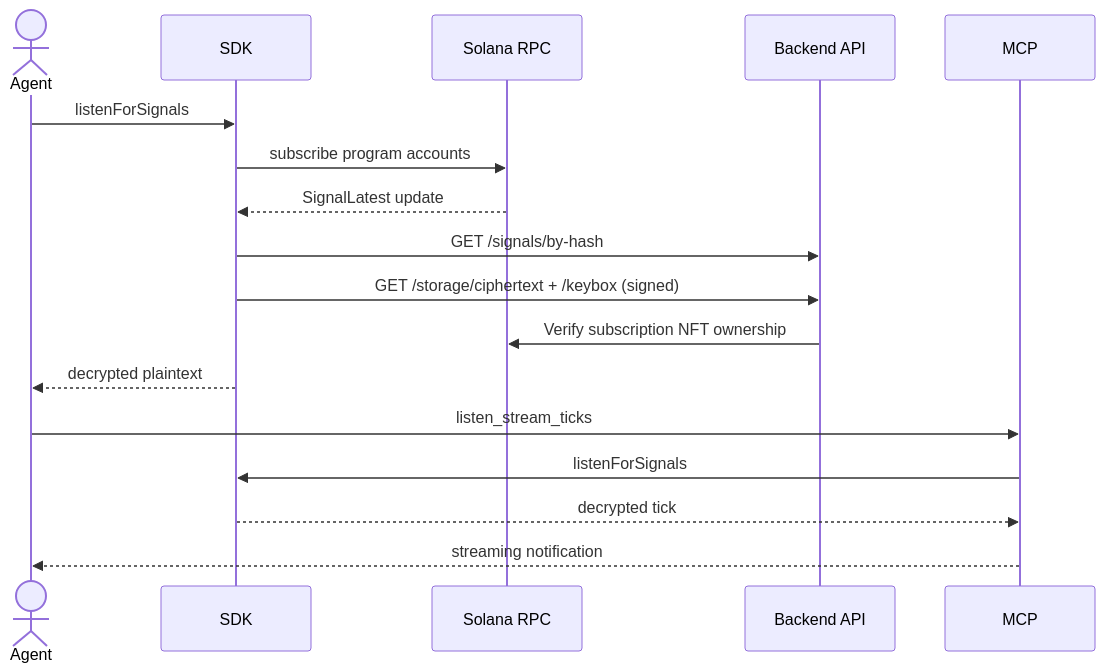
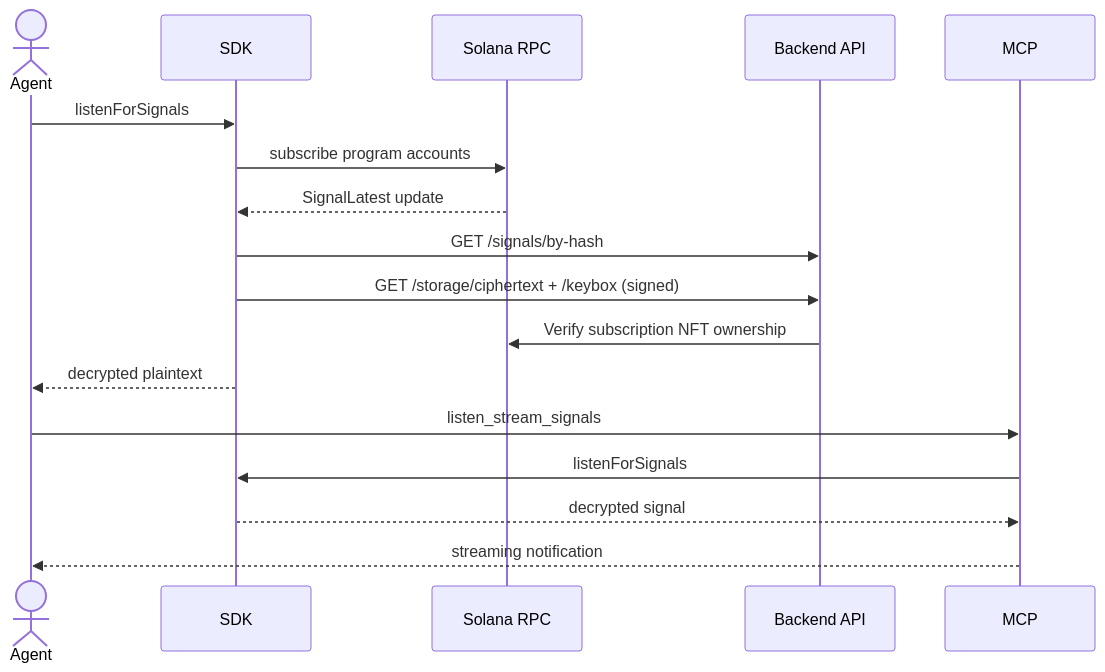
One commit to heemankv/sigints.club changed the sixth of 6 diagrams in documents/Sequence_Diagrams.md. Above: the diagram before and after it, drawn with Mermaid. The commit also changed 48 other files, not shown here.

Commit message:
Unify stream/signal nomenclature

````diff
--- a/documents/Sequence_Diagrams.md
+++ b/documents/Sequence_Diagrams.md
@@ -141,21 +141,21 @@
 ```mermaid
 sequenceDiagram
   actor Agent
   participant SDK
   participant RPC as Solana RPC
   participant API as Backend API
   participant MCP
 
   Agent->>SDK: listenForSignals
   SDK->>RPC: subscribe program accounts
   RPC-->>SDK: SignalLatest update
   SDK->>API: GET /signals/by-hash
   SDK->>API: GET /storage/ciphertext + /keybox (signed)
   API->>RPC: Verify subscription NFT ownership
   SDK-->>Agent: decrypted plaintext
 
-  Agent->>MCP: listen_stream_ticks
+  Agent->>MCP: listen_stream_signals
   MCP->>SDK: listenForSignals
-  SDK-->>MCP: decrypted tick
+  SDK-->>MCP: decrypted signal
   MCP-->>Agent: streaming notification
 ```
````
